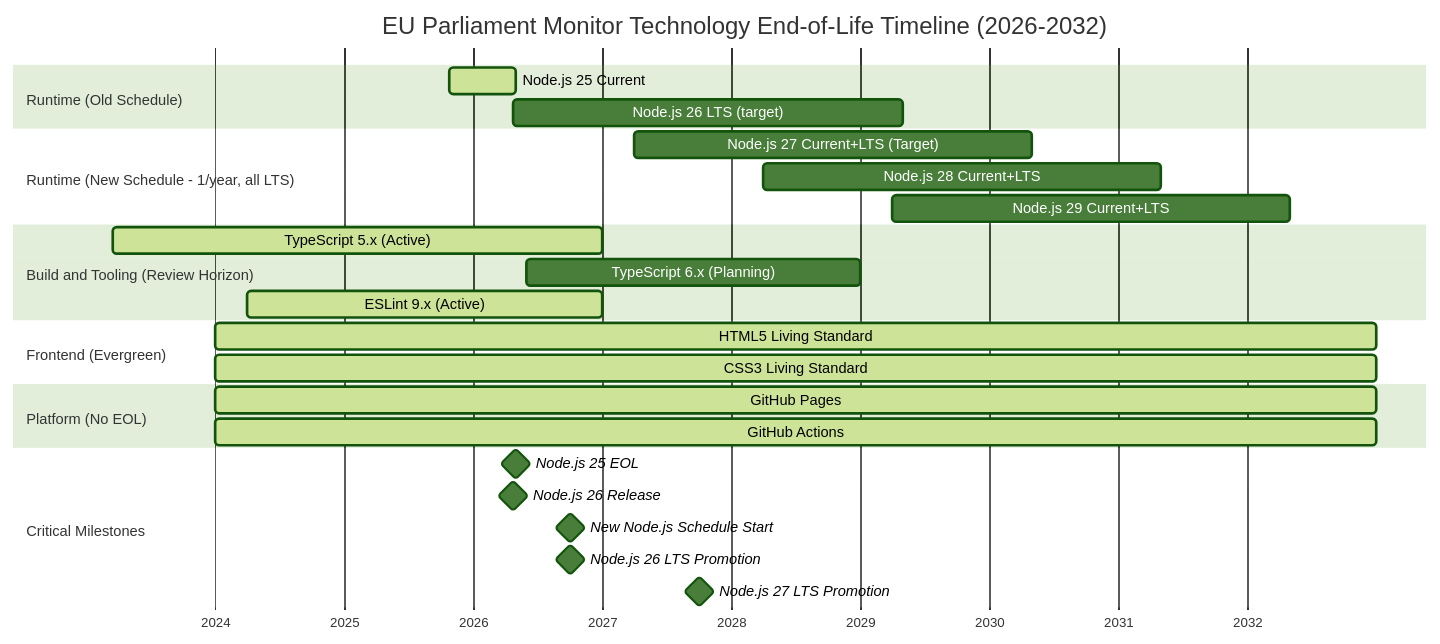
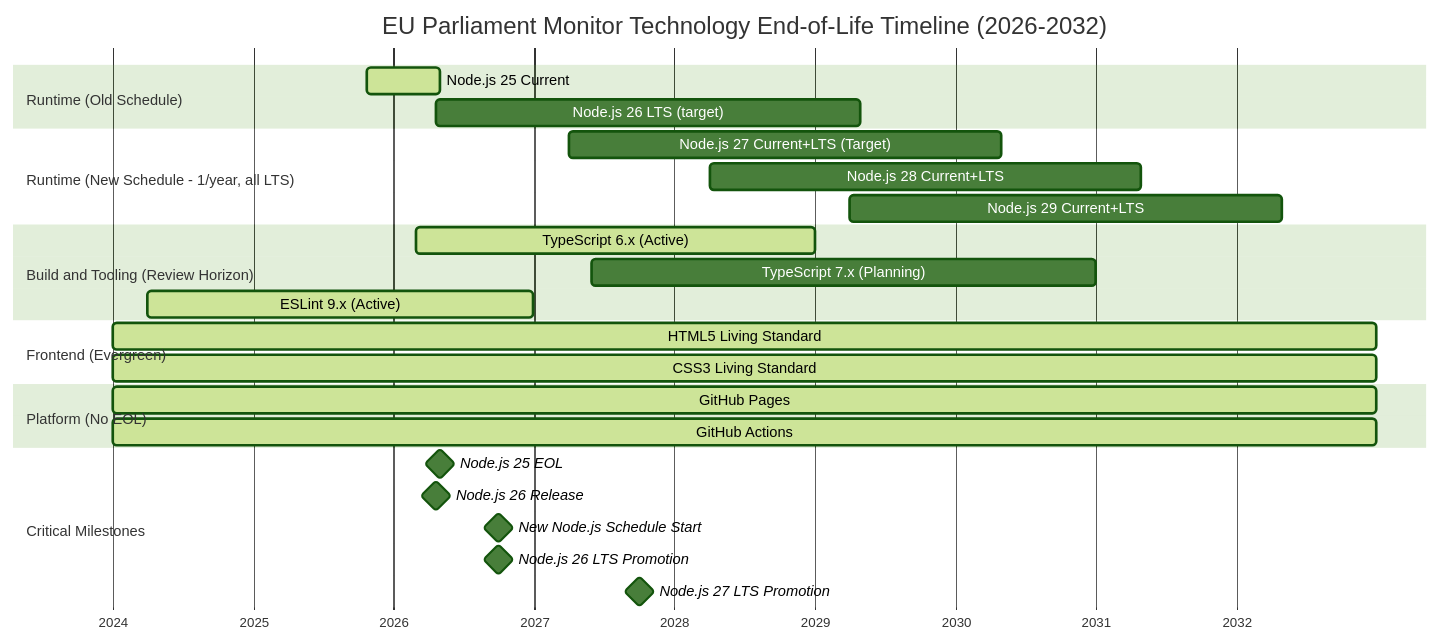
Before and after one commit to Hack23/euparliamentmonitor: the fifth of 6 diagrams in docs/api/media/End-of-Life-Strategy.md, drawn with Mermaid (forest theme). The commit also changed other lines of this file and 8 other files, not shown here.

First line of the commit message:
Upgrade TypeScript 5.9.3 → 6.0.2 with TS6 breaking change fixes and documentation updates

````diff
--- a/docs/api/media/End-of-Life-Strategy.md
+++ b/docs/api/media/End-of-Life-Strategy.md
@@ -373,35 +373,35 @@
 ```mermaid
 gantt
     title EU Parliament Monitor Technology End-of-Life Timeline (2026-2032)
     dateFormat YYYY-MM-DD
     axisFormat %Y
 
     section Runtime (Old Schedule)
     Node.js 25 Current          :active, node25, 2025-10-22, 2026-04-30
     Node.js 26 LTS (target)     :node26, 2026-04-22, 2029-04-30
 
     section Runtime (New Schedule - 1/year, all LTS)
     Node.js 27 Current+LTS (Target) :node27, 2027-04-01, 2030-04-30
     Node.js 28 Current+LTS          :node28, 2028-04-01, 2031-04-30
     Node.js 29 Current+LTS          :node29, 2029-04-01, 2032-04-30
 
     section Build and Tooling (Review Horizon)
-    TypeScript 5.x (Active)     :active, ts5, 2023-03-16, 2026-12-31
-    TypeScript 6.x (Planning)   :ts6, 2026-06-01, 2028-12-31
+    TypeScript 6.x (Active)     :active, ts6, 2026-03-01, 2028-12-31
+    TypeScript 7.x (Planning)   :ts7, 2027-06-01, 2030-12-31
     ESLint 9.x (Active)         :active, eslint9, 2024-04-01, 2026-12-31
 
     section Frontend (Evergreen)
     HTML5 Living Standard       :active, html5, 2024-01-01, 2032-12-31
     CSS3 Living Standard        :active, css3, 2024-01-01, 2032-12-31
 
     section Platform (No EOL)
     GitHub Pages                :active, ghpages, 2024-01-01, 2032-12-31
     GitHub Actions              :active, ghactions, 2024-01-01, 2032-12-31
 
     section Critical Milestones
     Node.js 25 EOL              :milestone, node25eol, 2026-04-30, 0d
     Node.js 26 Release          :milestone, node26rel, 2026-04-22, 0d
     New Node.js Schedule Start  :milestone, newschedule, 2026-10-01, 0d
     Node.js 26 LTS Promotion    :milestone, node26lts, 2026-10-01, 0d
     Node.js 27 LTS Promotion    :milestone, node27lts, 2027-10-01, 0d
 ```
````
